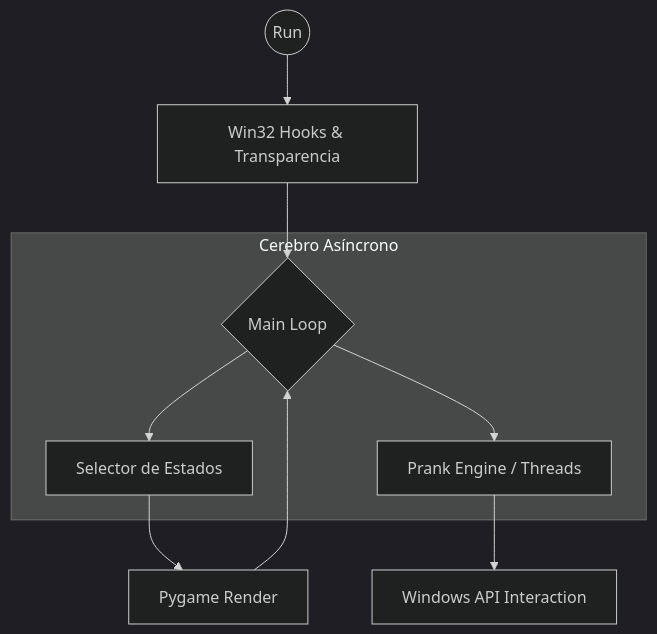
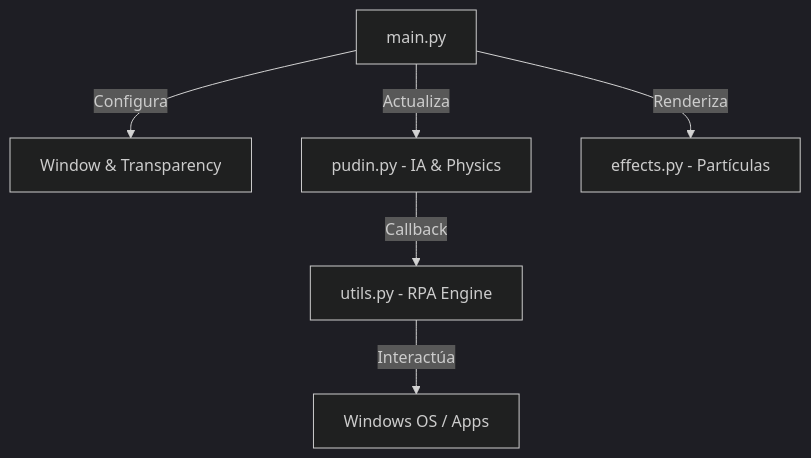
One commit to KaledSML/Pudin-Ghost-Cat-RPA changed the second of 2 diagrams in README.md. Above: the diagram before and after it, drawn with Mermaid (dark theme). The commit also changed other lines of this file, not shown here.

````diff
--- a/README.md
+++ b/README.md
@@ -73,15 +62,9 @@
 ```mermaid
 graph TD
-    Start((Run)) --> Setup[Win32 Hooks & Transparencia]
-    Setup --> Loop{Main Loop}
-    
-    subgraph Brain [Cerebro Asíncrono]
-        Loop --> IA[Selector de Estados]
-        Loop --> RPA[Prank Engine / Threads]
-    end
-
-    IA --> Draw[Pygame Render]
-    RPA --> OS[Windows API Interaction]
-    Draw --> Loop
+    A[main.py] -->|Configura| B[Window & Transparency]
+    A -->|Actualiza| C[pudin.py - IA & Physics]
+    A -->|Renderiza| D[effects.py - Partículas]
+    C -->|Callback| E[utils.py - RPA Engine]
+    E -->|Interactúa| F[Windows OS / Apps]
 
 ```
````
